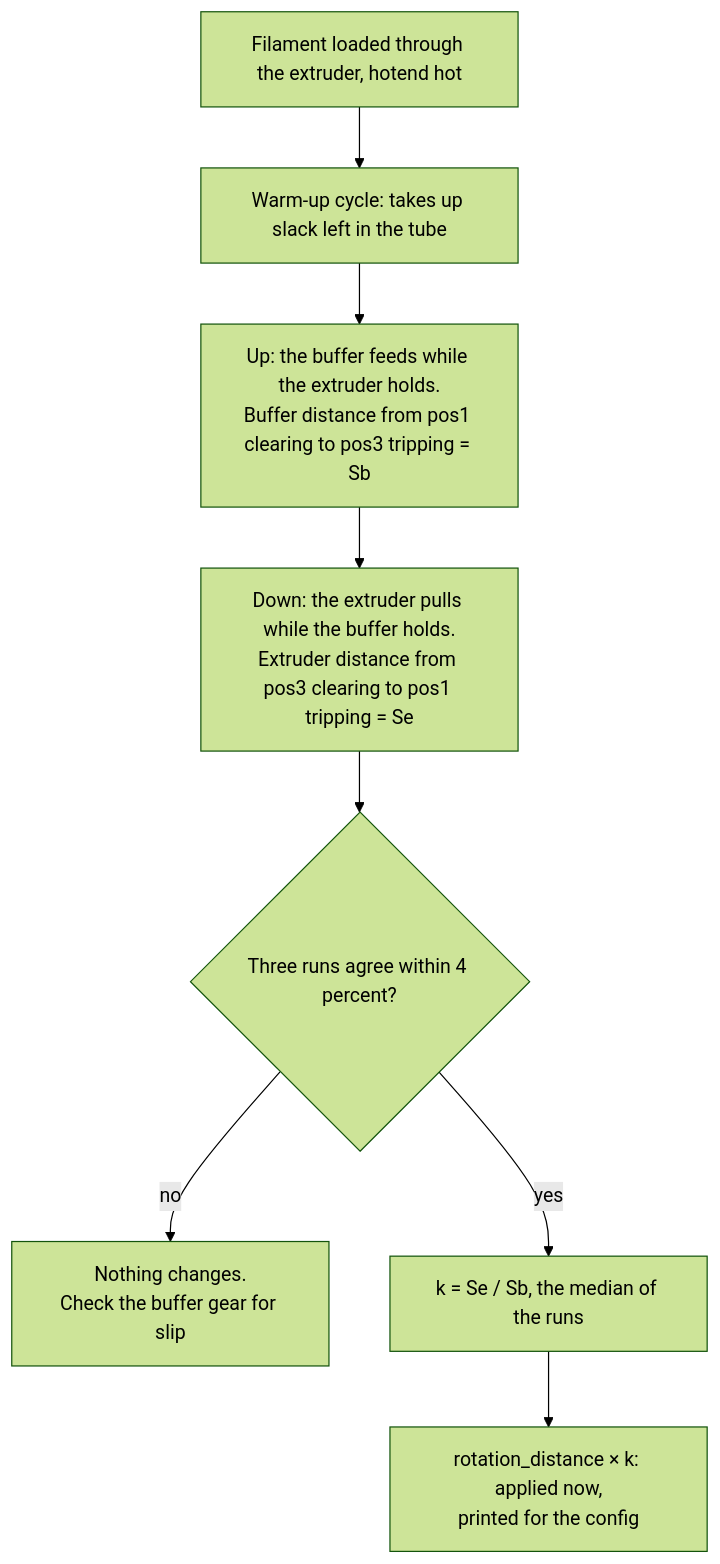
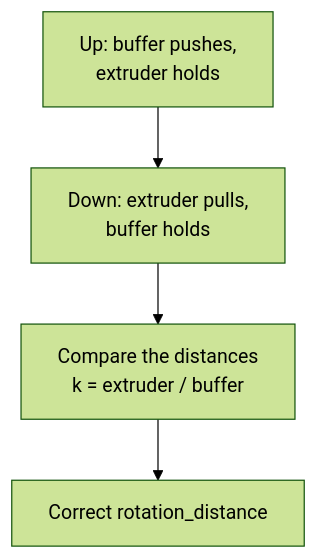
One commit to SettlingAbyss96/kalico-filament-buffer changed the fifth of 6 diagrams in README.md. Above: the diagram before and after it, drawn with Mermaid (forest theme). The commit also changed other lines of this file, not shown here.

Commit message:
README: split the flowcharts into small single-purpose diagrams

````diff
--- a/README.md
+++ b/README.md
@@ -123,10 +131,6 @@
 ```mermaid
 flowchart TD
-    A["Filament loaded through the extruder, hotend hot"] --> B["Warm-up cycle: takes up slack left in the tube"]
-    B --> C["Up: the buffer feeds while the extruder holds.<br/>Buffer distance from pos1 clearing to pos3 tripping = Sb"]
-    C --> D["Down: the extruder pulls while the buffer holds.<br/>Extruder distance from pos3 clearing to pos1 tripping = Se"]
-    D --> E{"Three runs agree within 4 percent?"}
-    E -- "no" --> F["Nothing changes.<br/>Check the buffer gear for slip"]
-    E -- "yes" --> G["k = Se / Sb, the median of the runs"]
-    G --> H["rotation_distance × k: applied now,<br/>printed for the config"]
+    A["Up: buffer pushes,<br/>extruder holds"] --> B["Down: extruder pulls,<br/>buffer holds"]
+    B --> C["Compare the distances<br/>k = extruder / buffer"]
+    C --> D["Correct rotation_distance"]
 ```
````
